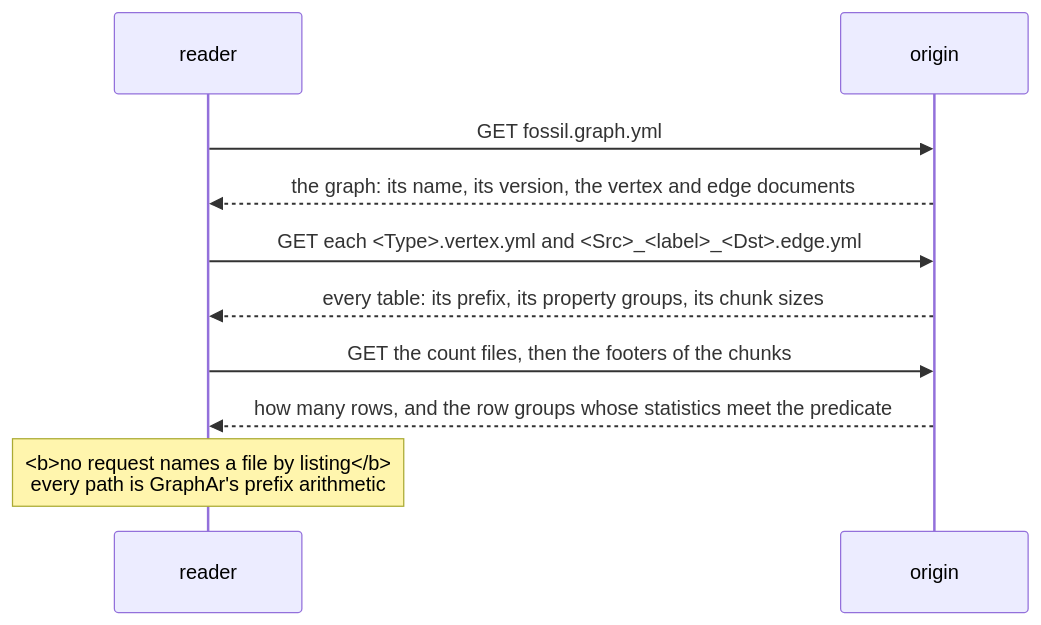
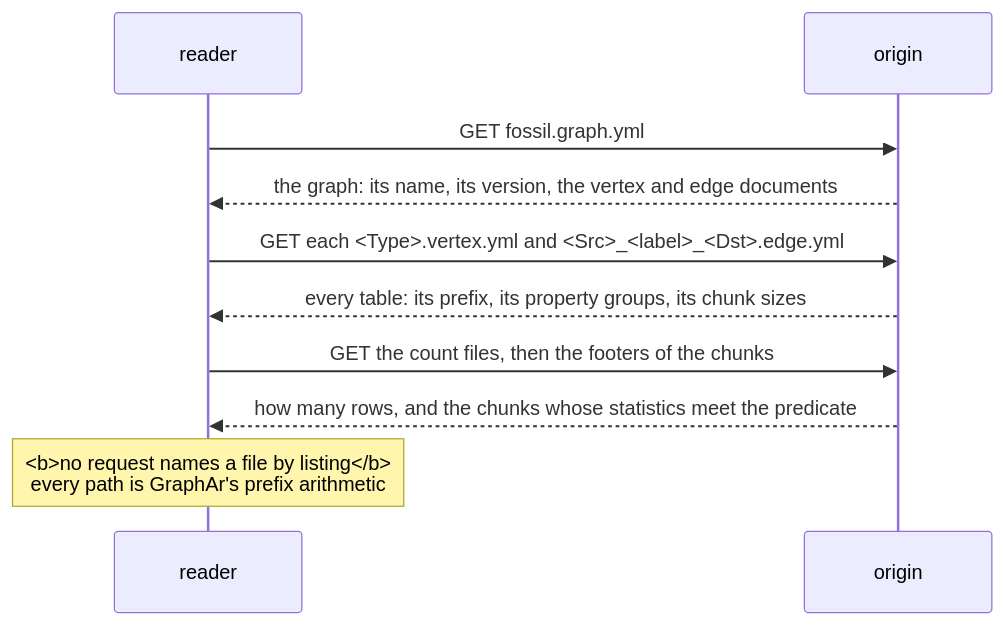
Before and after one commit to Kanzo-Tech/fossil-lang: the diagram in docs/content/docs/format/reading/without-fossil.mdx, drawn with Mermaid. The commit also changed other lines of this file and 33 other files, not shown here.

````diff
--- a/docs/content/docs/format/reading/without-fossil.mdx
+++ b/docs/content/docs/format/reading/without-fossil.mdx
@@ -12,12 +12,12 @@
 ```mermaid
 sequenceDiagram
   participant R as reader
   participant O as origin
   R->>O: GET fossil.graph.yml
   O-->>R: the graph: its name, its version, the vertex and edge documents
   R->>O: GET each <Type>.vertex.yml and <Src>_<label>_<Dst>.edge.yml
   O-->>R: every table: its prefix, its property groups, its chunk sizes
   R->>O: GET the count files, then the footers of the chunks
-  O-->>R: how many rows, and the row groups whose statistics meet the predicate
+  O-->>R: how many rows, and the chunks whose statistics meet the predicate
   Note over R: <b>no request names a file by listing</b><br/>every path is GraphAr's prefix arithmetic
 ```
````
